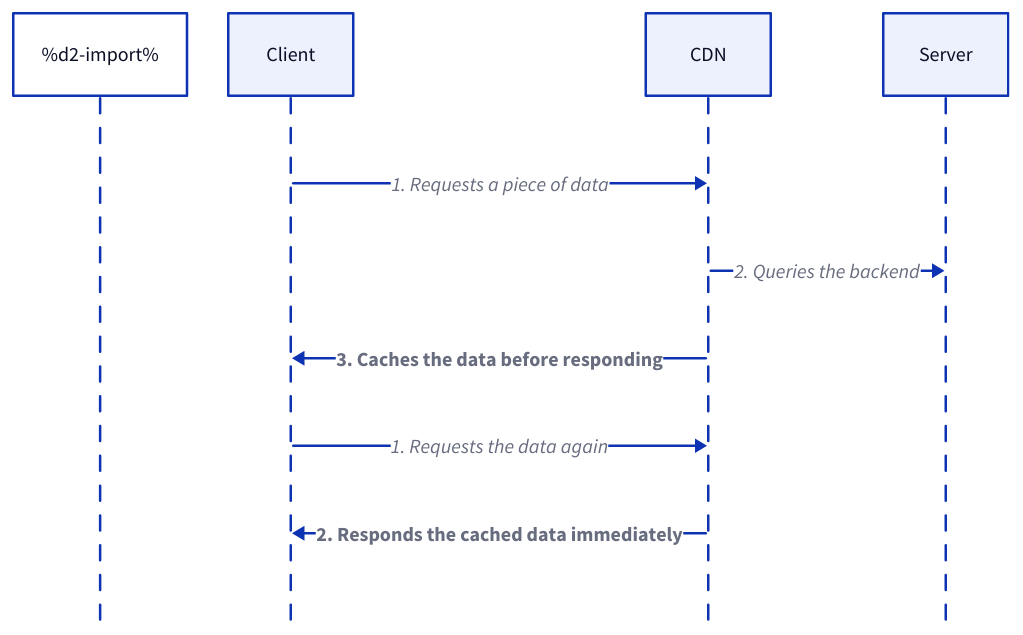
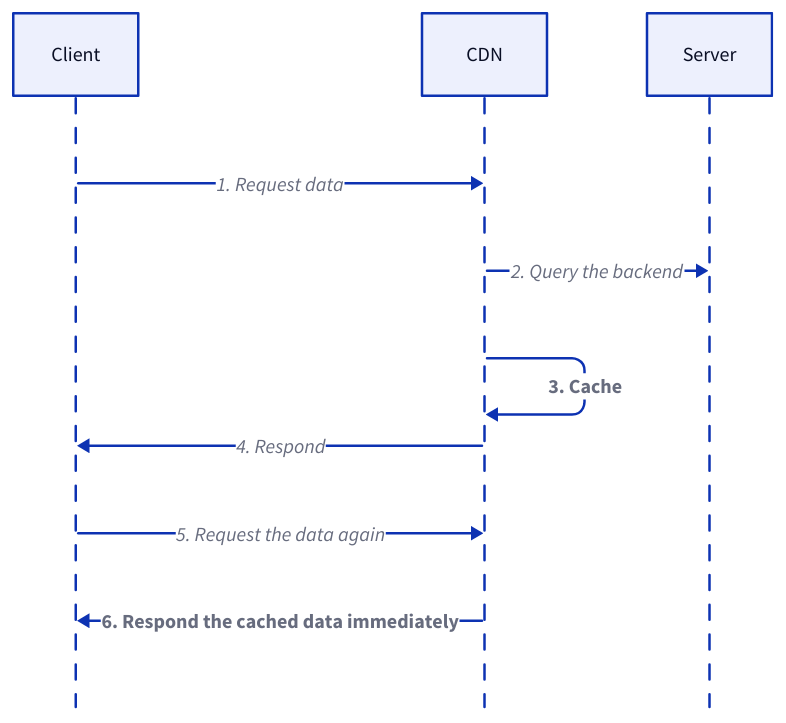
Before and after one commit to link1905/system-design-101: diagram 16 of 19 in content/docs/data-persistence/media-storage.md, drawn with D2. The commit also changed other lines of this file and 8 other files, not shown here.

````diff
--- a/content/docs/data-persistence/media-storage.md
+++ b/content/docs/data-persistence/media-storage.md
@@ -210,23 +539,23 @@
 ```d2
-%d2-import%
 shape: sequence_diagram
 c: Client {
   class: client
 }
 cdn: CDN {
   class: cdn
 }
 b: Server {
   class: server
 }
 
-c -> cdn: 1. Requests a piece of data
-cdn -> b: 2. Queries the backend
-cdn -> c: 3. Caches the data before responding {
+c -> cdn: 1. Request data
+cdn -> b: 2. Query the backend
+cdn -> cdn: 3. Cache {
   style.bold: true
 }
-c -> cdn: 1. Requests the data again
-cdn -> c: 2. Responds the cached data immediately {
+cdn -> c: 4. Respond
+c -> cdn: 5. Request the data again
+cdn -> c: 6. Respond the cached data immediately {
   style.bold: true
 }
 ```
````
